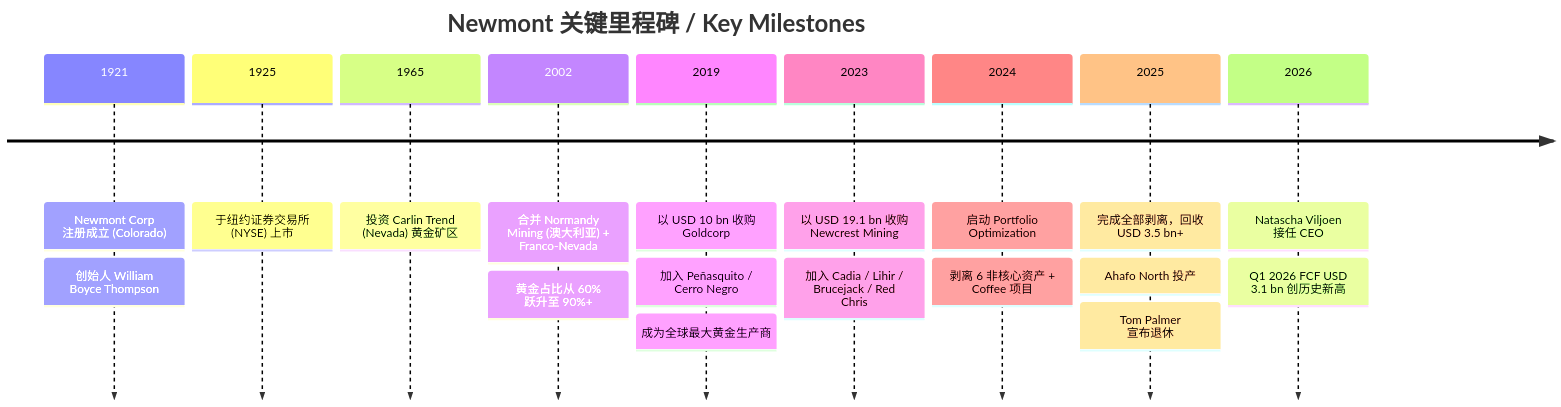
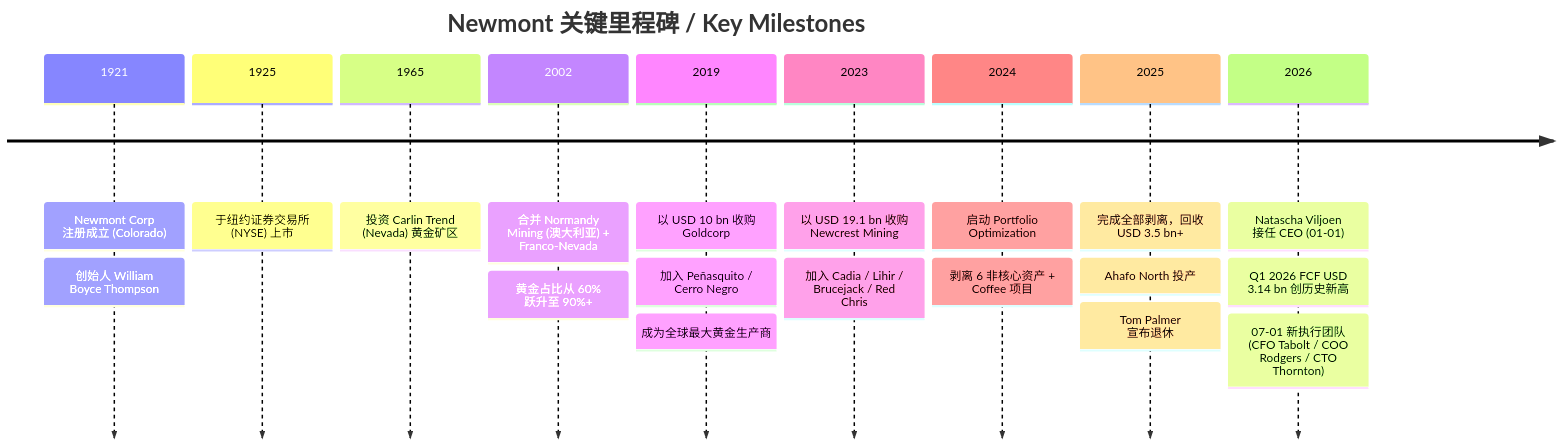
One commit to dadachundan/financial_agent changed the first of 5 diagrams in reports/company/Newmont_NYSE_NEM/Newmont_NYSE_NEM_公司研究.md. Above: the diagram before and after it, drawn with Mermaid. The commit also changed other lines of this file and 8 other files, not shown here.

````diff
--- a/reports/company/Newmont_NYSE_NEM/Newmont_NYSE_NEM_公司研究.md
+++ b/reports/company/Newmont_NYSE_NEM/Newmont_NYSE_NEM_公司研究.md
@@ -65,22 +182,23 @@
 ```mermaid
 timeline
     title Newmont 关键里程碑 / Key Milestones
     1921 : Newmont Corp 注册成立 (Colorado)
          : 创始人 William Boyce Thompson
     1925 : 于纽约证券交易所 (NYSE) 上市
     1965 : 投资 Carlin Trend (Nevada) 黄金矿区
     2002 : 合并 Normandy Mining (澳大利亚) + Franco-Nevada
          : 黄金占比从 60% 跃升至 90%+
     2019 : 以 USD 10 bn 收购 Goldcorp
          : 加入 Peñasquito / Cerro Negro
          : 成为全球最大黄金生产商
     2023 : 以 USD 19.1 bn 收购 Newcrest Mining
          : 加入 Cadia / Lihir / Brucejack / Red Chris
     2024 : 启动 Portfolio Optimization
          : 剥离 6 非核心资产 + Coffee 项目
     2025 : 完成全部剥离，回收 USD 3.5 bn+
          : Ahafo North 投产
          : Tom Palmer 宣布退休
-    2026 : Natascha Viljoen 接任 CEO
-         : Q1 2026 FCF USD 3.1 bn 创历史新高
+    2026 : Natascha Viljoen 接任 CEO (01-01)
+         : Q1 2026 FCF USD 3.14 bn 创历史新高
+         : 07-01 新执行团队 (CFO Tabolt / COO Rodgers / CTO Thornton)
 ```
````
